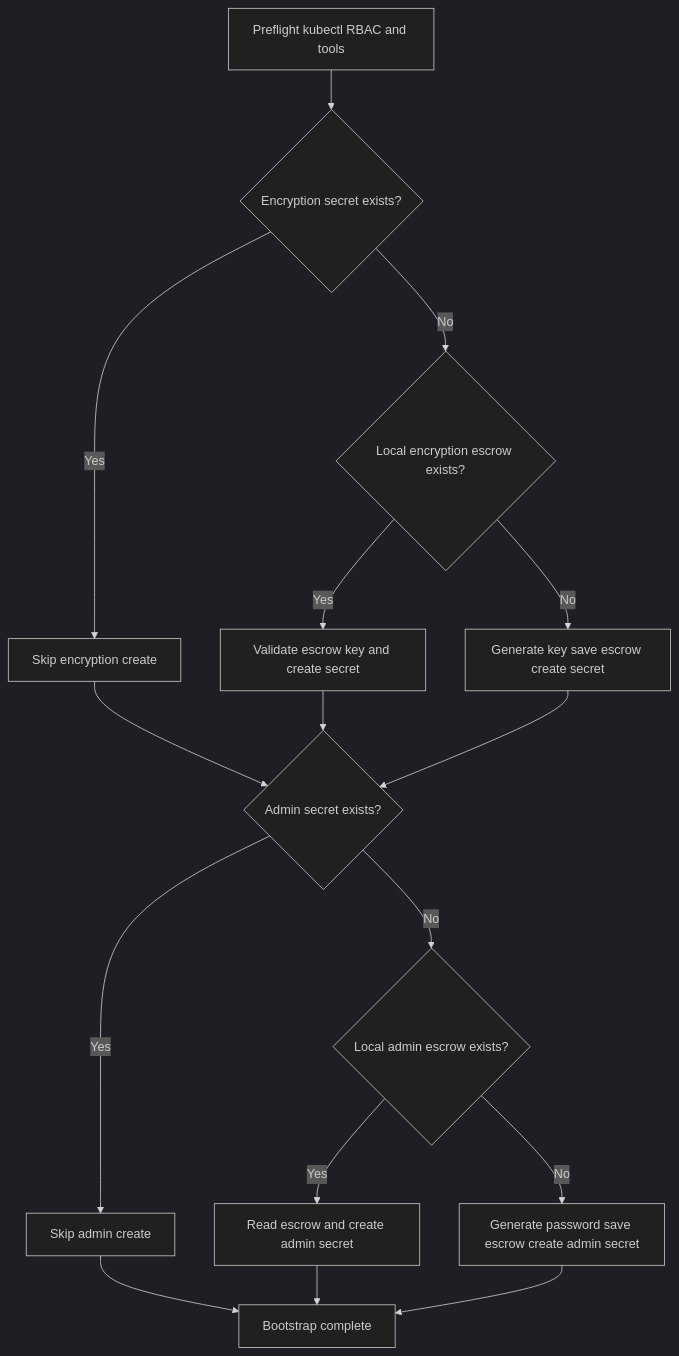
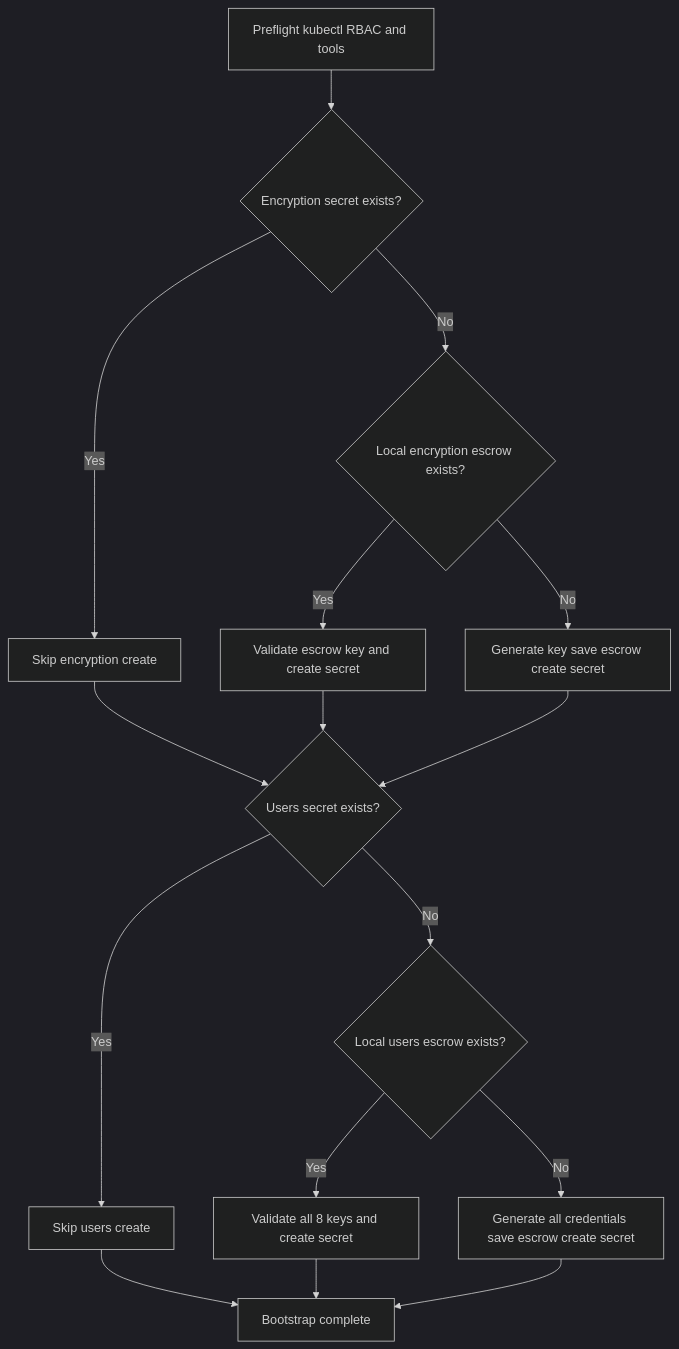
Before and after one commit to sml-global/mongodb: the fifth of 8 diagrams in platform-prerequisites/terraform/README.md, drawn with Mermaid (dark theme). The commit also changed other lines of this file and 21 other files, not shown here.

````diff
--- a/platform-prerequisites/terraform/README.md
+++ b/platform-prerequisites/terraform/README.md
@@ -982,18 +992,18 @@
 ```mermaid
 flowchart TD
   A[Preflight kubectl RBAC and tools] --> B{Encryption secret exists?}
   B -->|Yes| C[Skip encryption create]
   B -->|No| D{Local encryption escrow exists?}
   D -->|Yes| E[Validate escrow key and create secret]
   D -->|No| F[Generate key save escrow create secret]
-  C --> G{Admin secret exists?}
+  C --> G{Users secret exists?}
   E --> G
   F --> G
-  G -->|Yes| H[Skip admin create]
-  G -->|No| I{Local admin escrow exists?}
-  I -->|Yes| J[Read escrow and create admin secret]
-  I -->|No| K[Generate password save escrow create admin secret]
+  G -->|Yes| H[Skip users create]
+  G -->|No| I{Local users escrow exists?}
+  I -->|Yes| J[Validate all 8 keys and create secret]
+  I -->|No| K[Generate all credentials save escrow create secret]
   H --> L[Bootstrap complete]
   J --> L
   K --> L
 ```
````
